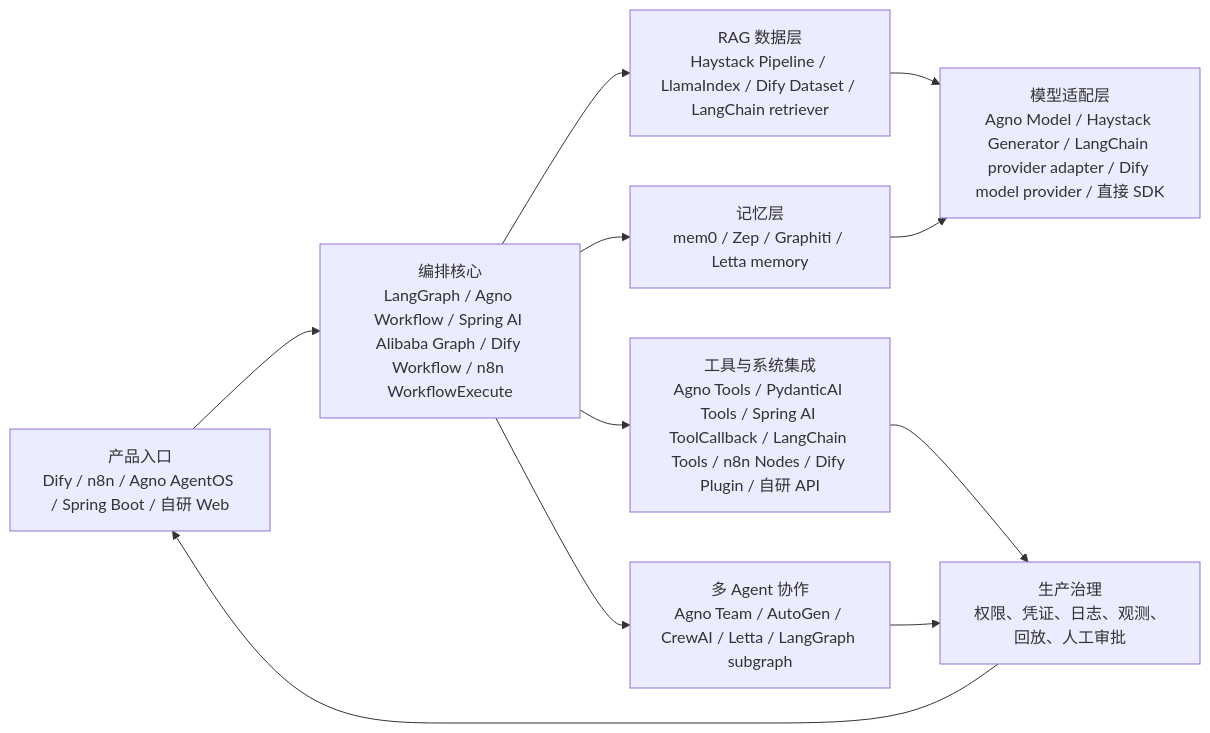
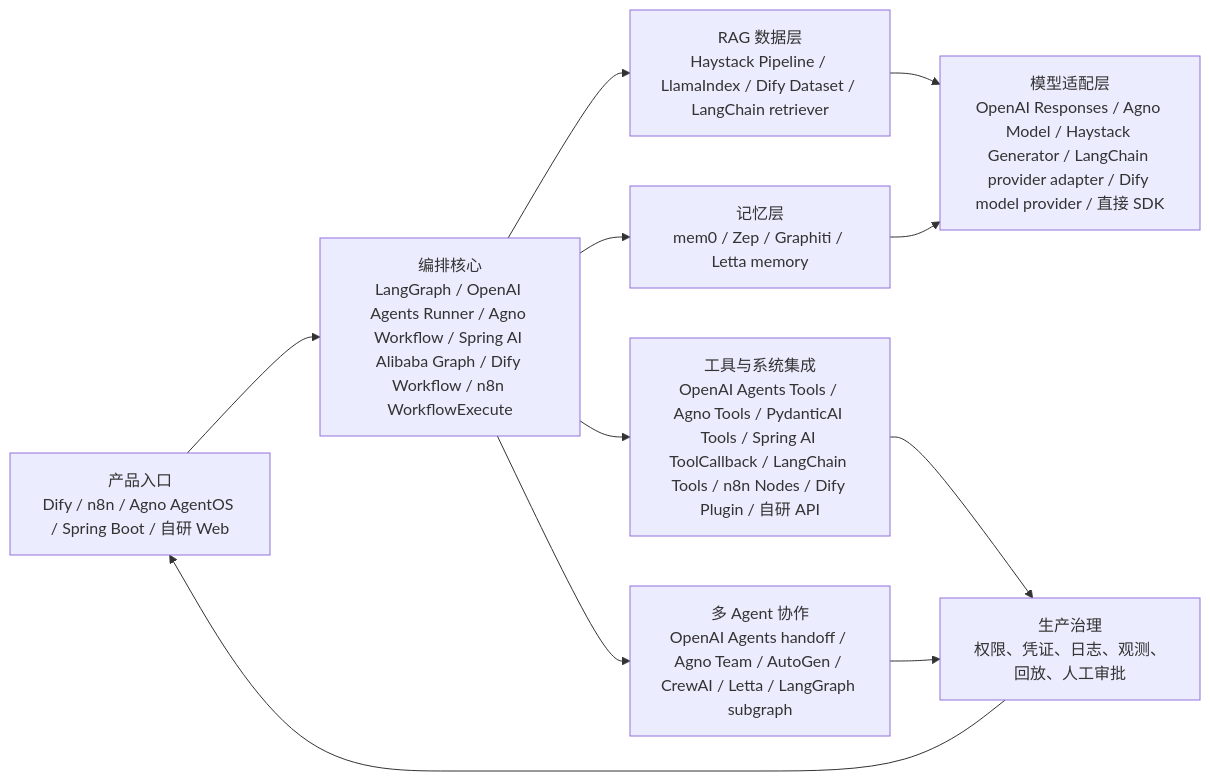
One commit to onlycaizhongwen/llm-framework-internals changed the third of 5 diagrams in docs/cross-framework-analysis/index.md. Above: the diagram before and after it, drawn with Mermaid. The commit also changed other lines of this file and 5769 other files, not shown here.

````diff
--- a/docs/cross-framework-analysis/index.md
+++ b/docs/cross-framework-analysis/index.md
@@ -126,13 +149,13 @@
 ```mermaid
 flowchart LR
-    UI["产品入口<br/>Dify / n8n / Agno AgentOS / Spring Boot / 自研 Web"] --> Orchestrator["编排核心<br/>LangGraph / Agno Workflow / Spring AI Alibaba Graph / Dify Workflow / n8n WorkflowExecute"]
+    UI["产品入口<br/>Dify / n8n / Agno AgentOS / Spring Boot / 自研 Web"] --> Orchestrator["编排核心<br/>LangGraph / OpenAI Agents Runner / Agno Workflow / Spring AI Alibaba Graph / Dify Workflow / n8n WorkflowExecute"]
     Orchestrator --> RAG["RAG 数据层<br/>Haystack Pipeline / LlamaIndex / Dify Dataset / LangChain retriever"]
     Orchestrator --> Memory["记忆层<br/>mem0 / Zep / Graphiti / Letta memory"]
-    Orchestrator --> Tools["工具与系统集成<br/>Agno Tools / PydanticAI Tools / Spring AI ToolCallback / LangChain Tools / n8n Nodes / Dify Plugin / 自研 API"]
-    Orchestrator --> Agent["多 Agent 协作<br/>Agno Team / AutoGen / CrewAI / Letta / LangGraph subgraph"]
-    RAG --> LLM["模型适配层<br/>Agno Model / Haystack Generator / LangChain provider adapter / Dify model provider / 直接 SDK"]
+    Orchestrator --> Tools["工具与系统集成<br/>OpenAI Agents Tools / Agno Tools / PydanticAI Tools / Spring AI ToolCallback / LangChain Tools / n8n Nodes / Dify Plugin / 自研 API"]
+    Orchestrator --> Agent["多 Agent 协作<br/>OpenAI Agents handoff / Agno Team / AutoGen / CrewAI / Letta / LangGraph subgraph"]
+    RAG --> LLM["模型适配层<br/>OpenAI Responses / Agno Model / Haystack Generator / LangChain provider adapter / Dify model provider / 直接 SDK"]
     Memory --> LLM
     Tools --> Audit["生产治理<br/>权限、凭证、日志、观测、回放、人工审批"]
     Agent --> Audit
     Audit --> UI
 ```
````
